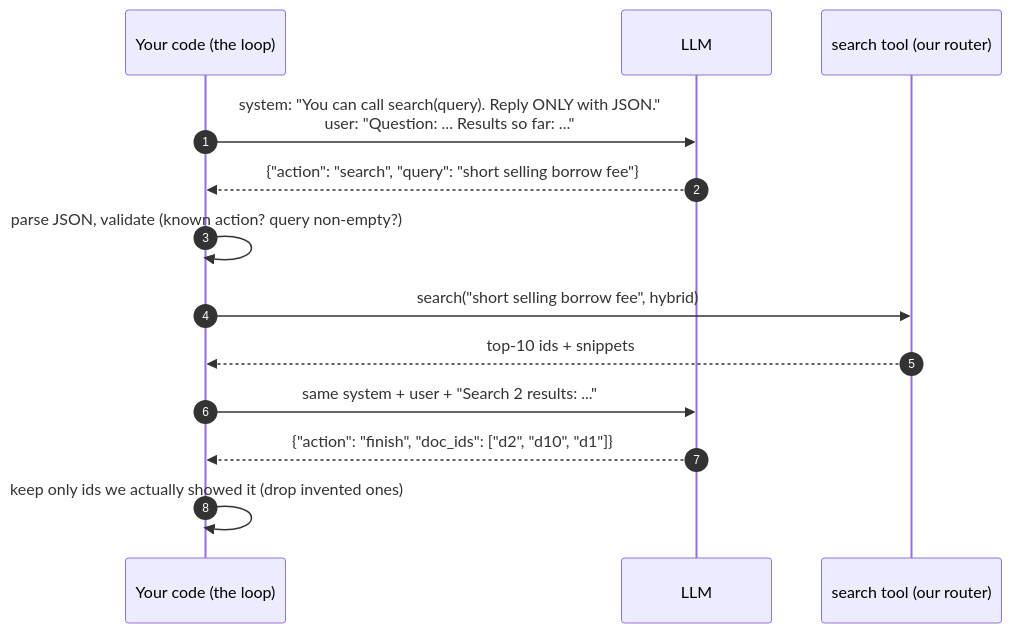
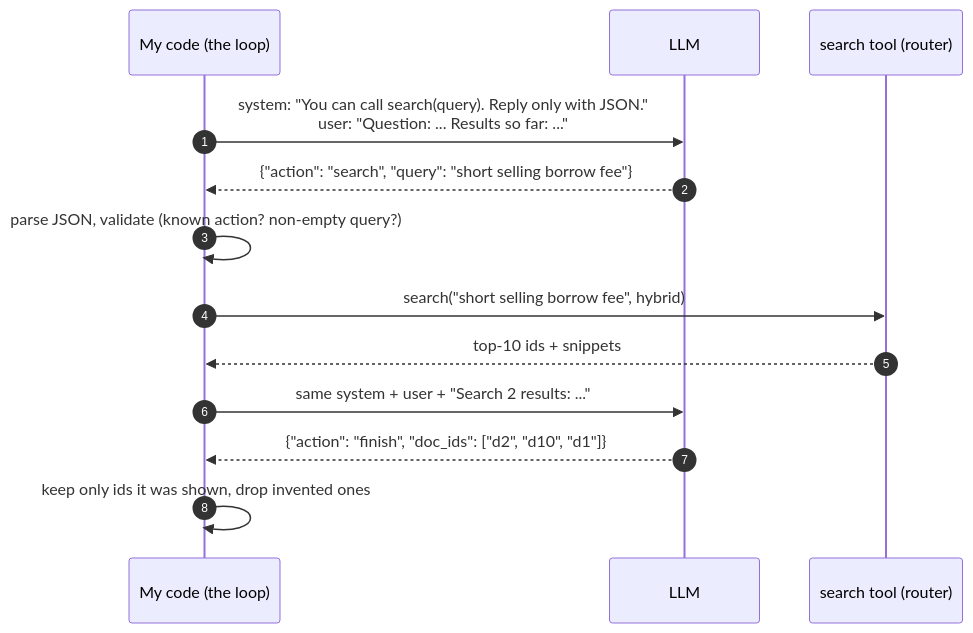
The first of 5 diagrams in docs/from_zero/08_part_c_agents.md (node31/fiqa-agentic-retrieval), drawn with Mermaid before and after one commit. The commit also changed other lines of this file and 9 other files, not shown here.

````diff
--- a/docs/from_zero/08_part_c_agents.md
+++ b/docs/from_zero/08_part_c_agents.md
@@ -59,15 +30,15 @@
 ```mermaid
 sequenceDiagram
     autonumber
-    participant C as Your code (the loop)
+    participant C as My code (the loop)
     participant L as LLM
-    participant T as search tool (our router)
-    C->>L: system: "You can call search(query). Reply ONLY with JSON."<br/>user: "Question: ... Results so far: ..."
+    participant T as search tool (router)
+    C->>L: system: "You can call search(query). Reply only with JSON."<br/>user: "Question: ... Results so far: ..."
     L-->>C: {"action": "search", "query": "short selling borrow fee"}
-    C->>C: parse JSON, validate (known action? query non-empty?)
+    C->>C: parse JSON, validate (known action? non-empty query?)
     C->>T: search("short selling borrow fee", hybrid)
     T-->>C: top-10 ids + snippets
     C->>L: same system + user + "Search 2 results: ..."
     L-->>C: {"action": "finish", "doc_ids": ["d2", "d10", "d1"]}
-    C->>C: keep only ids we actually showed it (drop invented ones)
+    C->>C: keep only ids it was shown, drop invented ones
 ```
````
